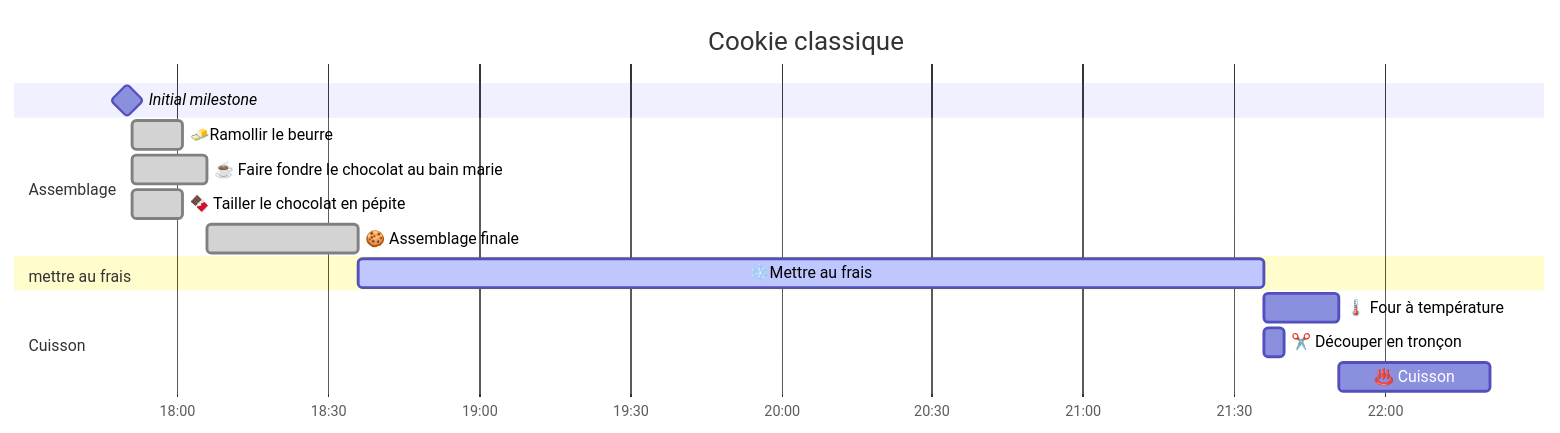
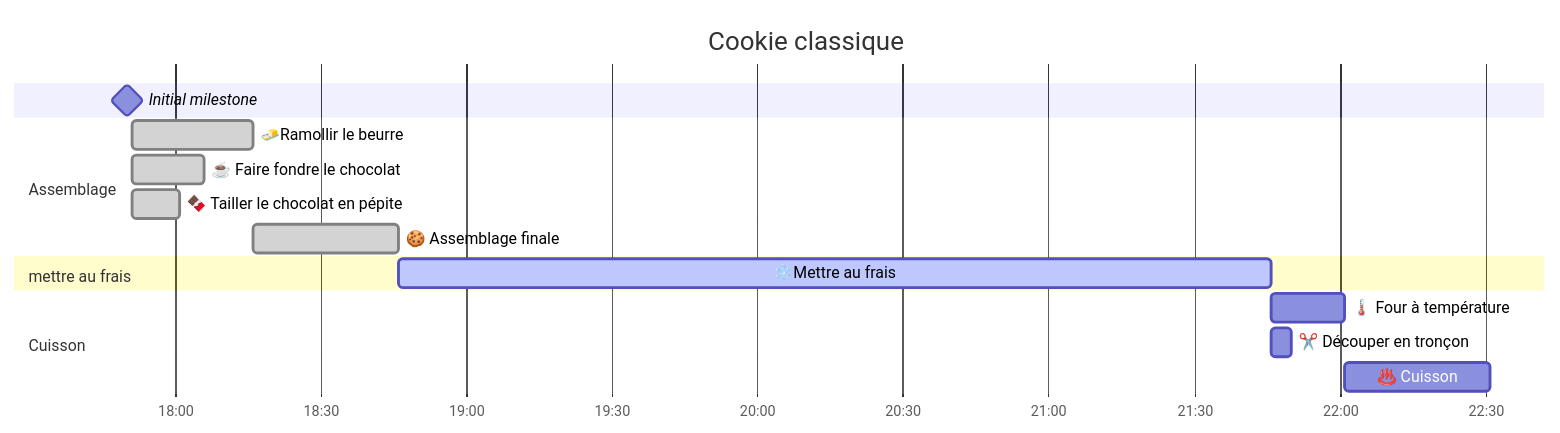
The third of 5 diagrams in README.md (malnoe/TpGestionProjet), drawn with Mermaid before and after one commit. The commit also changed other lines of this file, not shown here.

Commit message:
Fix error durée beurre Gantt

````diff
--- a/README.md
+++ b/README.md
@@ -113,24 +113,24 @@
 ```mermaid
 gantt
     dateFormat HH:mm
     axisFormat %H:%M
     Initial milestone : milestone, m1, 17:49, 2m
     title Cookie classique
 
 
     section Assemblage
-    🧈Ramollir le beurre :done, beurre, after m1, 10m
-    ☕ Faire fondre le chocolat au bain marie :done, fondre, after m1, 15m
+    🧈Ramollir le beurre :done, beurre, after m1, 25m
+    ☕ Faire fondre le chocolat :done, fondre, after m1, 15m
     🍫 Tailler le chocolat en pépite :done, choco, after m1, 10m
     🍪 Assemblage finale :done, assemblage, after beurre fondre choco, 30m
 
 
     section mettre au frais
     ❄️Mettre au frais :active, frais, after assemblage, 3h
 
 
     section Cuisson
     🌡️ Four à température :four, after frais, 15m
     ✂️ Découper en tronçon :cut, after frais, 4m
     ♨️ Cuisson :after four cut, 30m
 ```
````
